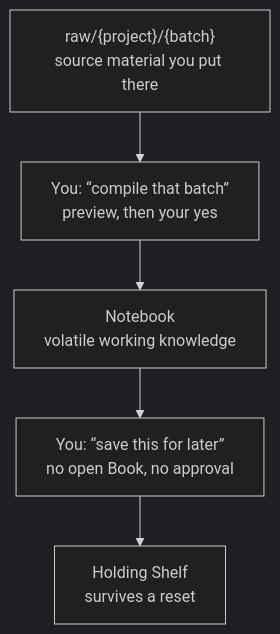
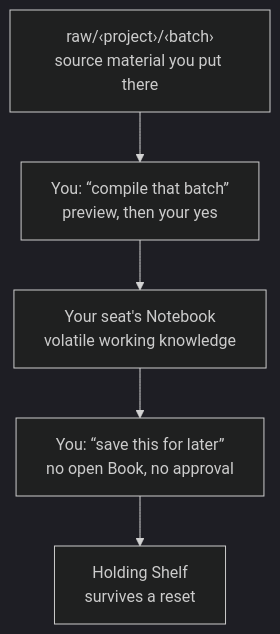
One commit to eKioga/deskpost changed the fourth of 10 diagrams in docs/guides/workflow-guide.md. Above: the diagram before and after it, drawn with Mermaid (dark theme). The commit also changed other lines of this file and 32 other files, not shown here.

````diff
--- a/docs/guides/workflow-guide.md
+++ b/docs/guides/workflow-guide.md
@@ -88,7 +81,7 @@
 ```mermaid
 flowchart TD
-    Raw["raw/{project}/{batch}\nsource material you put there"] --> C["You: “compile that batch”\npreview, then your yes"]
-    C --> NB["Notebook\nvolatile working knowledge"]
+    Raw["raw/‹project›/‹batch›\nsource material you put there"] --> C["You: “compile that batch”\npreview, then your yes"]
+    C --> NB["Your seat's Notebook\nvolatile working knowledge"]
     NB --> Cap["You: “save this for later”\nno open Book, no approval"]
     Cap --> HS["Holding Shelf\nsurvives a reset"]
 ```
````
